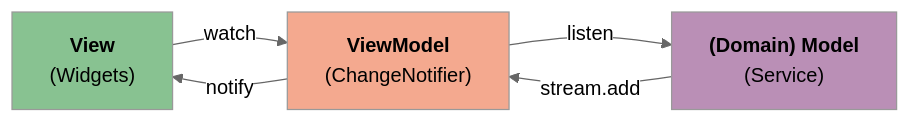
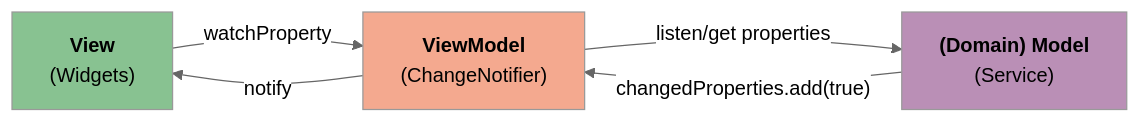
Before and after one commit to ubuntu-flutter-community/musicpod: the diagram in README.md, drawn with Mermaid (neutral theme). The commit also changed other lines of this file and 1 other file, not shown here.

Commit message:
chore: update readme if more architecture information

````diff
--- a/README.md
+++ b/README.md
@@ -81,23 +80,23 @@
 ```mermaid
 
 flowchart LR
 
 classDef view fill:#0e84207d
 classDef viewmodel fill:#e9542080
 classDef model fill:#77216f80
 
 View["`
   **View**
   (Widgets)
-`"]:::view--watch-->ViewModel["`
+`"]:::view--watchProperty-->ViewModel["`
   **ViewModel**
   (ChangeNotifier)
-`"]:::viewmodel--listen-->Model["`
+`"]:::viewmodel--listen/get properties-->Model["`
   **(Domain) Model**
   (Service)
 `"]:::model
 
 ViewModel--notify-->View
-Model--stream.add-->ViewModel
+Model--changedProperties.add(true)-->ViewModel
 
 ```
````
